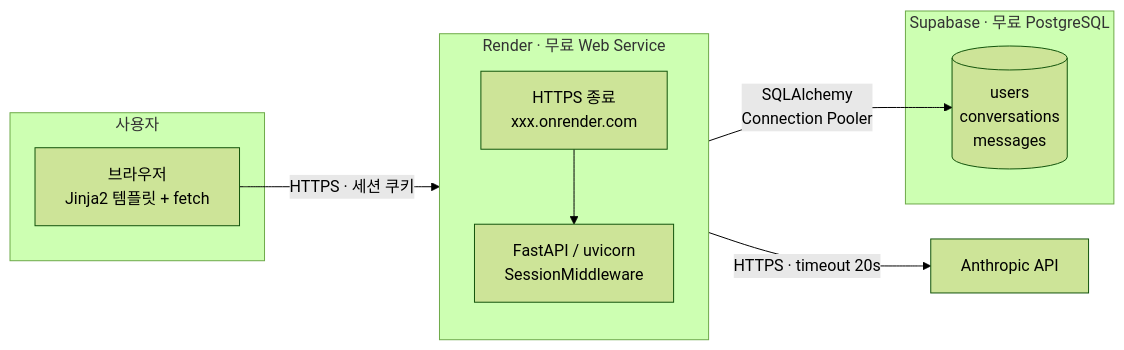
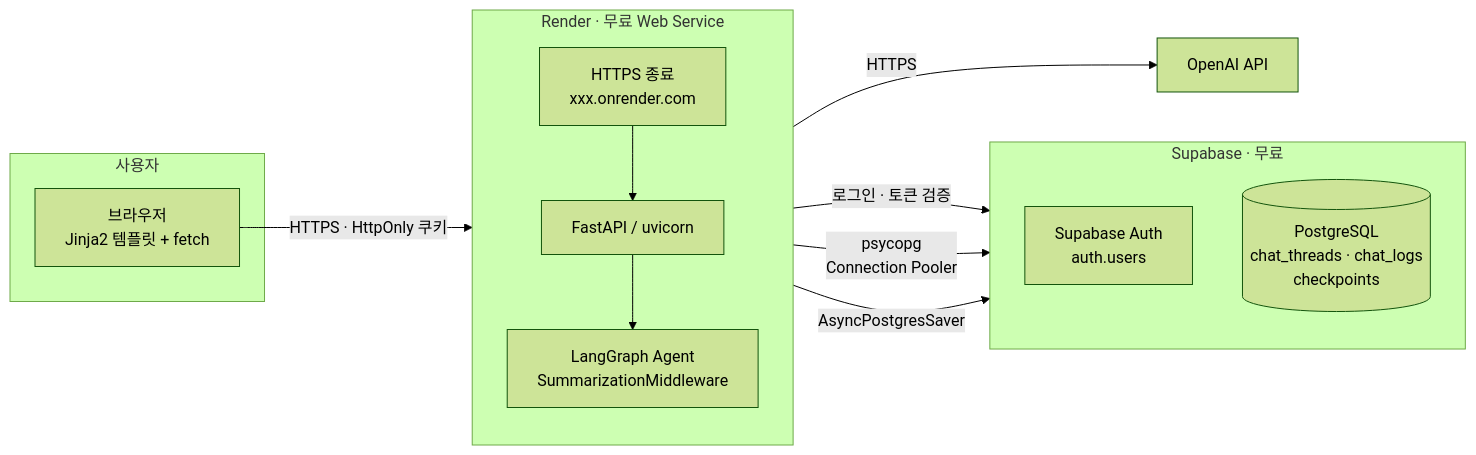
The diagram in docs/diagrams/01-deployment.mmd (codyssey-ai/chatbot-api), drawn with Mermaid (forest theme) before and after one commit. The commit also changed 7 other files, not shown here.

First line of the commit message:
docs: 인증을 Supabase Auth 로 확정하고 문서 정합성 정리

```diff
--- a/docs/diagrams/01-deployment.mmd
+++ b/docs/diagrams/01-deployment.mmd
@@ -1,21 +1,27 @@
 flowchart LR
     subgraph client["사용자"]
         B["브라우저<br/>Jinja2 템플릿 + fetch"]
     end
 
     subgraph render["Render · 무료 Web Service"]
         direction TB
         TLS["HTTPS 종료<br/>xxx.onrender.com"]
-        API["FastAPI / uvicorn<br/>SessionMiddleware"]
+        API["FastAPI / uvicorn"]
+        AG["LangGraph Agent<br/>SummarizationMiddleware"]
         TLS --> API
+        API --> AG
     end
 
-    subgraph supa["Supabase · 무료 PostgreSQL"]
-        DB[("users<br/>conversations<br/>messages")]
+    subgraph supa["Supabase · 무료"]
+        direction TB
+        AUTH["Supabase Auth<br/>auth.users"]
+        DB[("PostgreSQL<br/>chat_threads · chat_logs<br/>checkpoints")]
     end
 
-    AI["Anthropic API"]
+    AI["OpenAI API"]
 
-    B -->|"HTTPS · 세션 쿠키"| TLS
-    API -->|"SQLAlchemy<br/>Connection Pooler"| DB
-    API -->|"HTTPS · timeout 20s"| AI
+    B -->|"HTTPS · HttpOnly 쿠키"| TLS
+    API -->|"로그인 · 토큰 검증"| AUTH
+    API -->|"psycopg<br/>Connection Pooler"| DB
+    AG -->|"AsyncPostgresSaver"| DB
+    AG -->|"HTTPS"| AI
```
